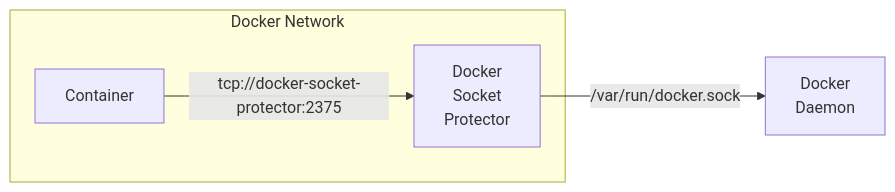
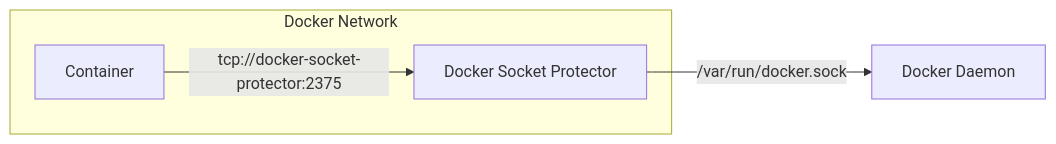
The diagram in README.md (knrdl/docker-socket-protector), drawn with Mermaid before and after one commit.

````diff
--- a/README.md
+++ b/README.md
@@ -4,17 +4,17 @@
 ```mermaid
 graph LR
 a[Container]
-b[Docker\nSocket\nProtector]
-c[Docker\nDaemon]
+b[Docker Socket Protector]
+c[Docker Daemon]
 
 
 subgraph Docker Network
 a-->| tcp://docker-socket-protector:2375 | b
 end
 
 b-->|/var/run/docker.sock| c
 
 
 click b href "https://github.com/knrdl/docker-socket-protector"
 click c href "https://docs.docker.com/config/daemon/"
 ```
````
